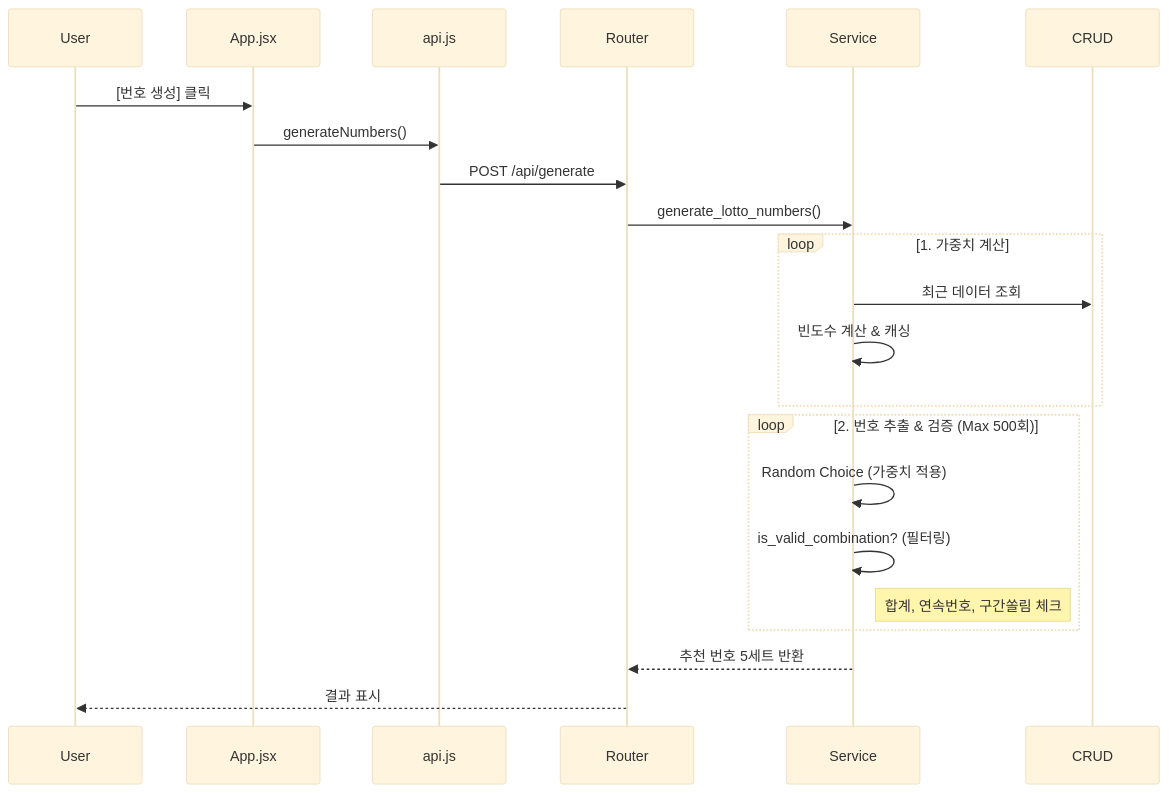
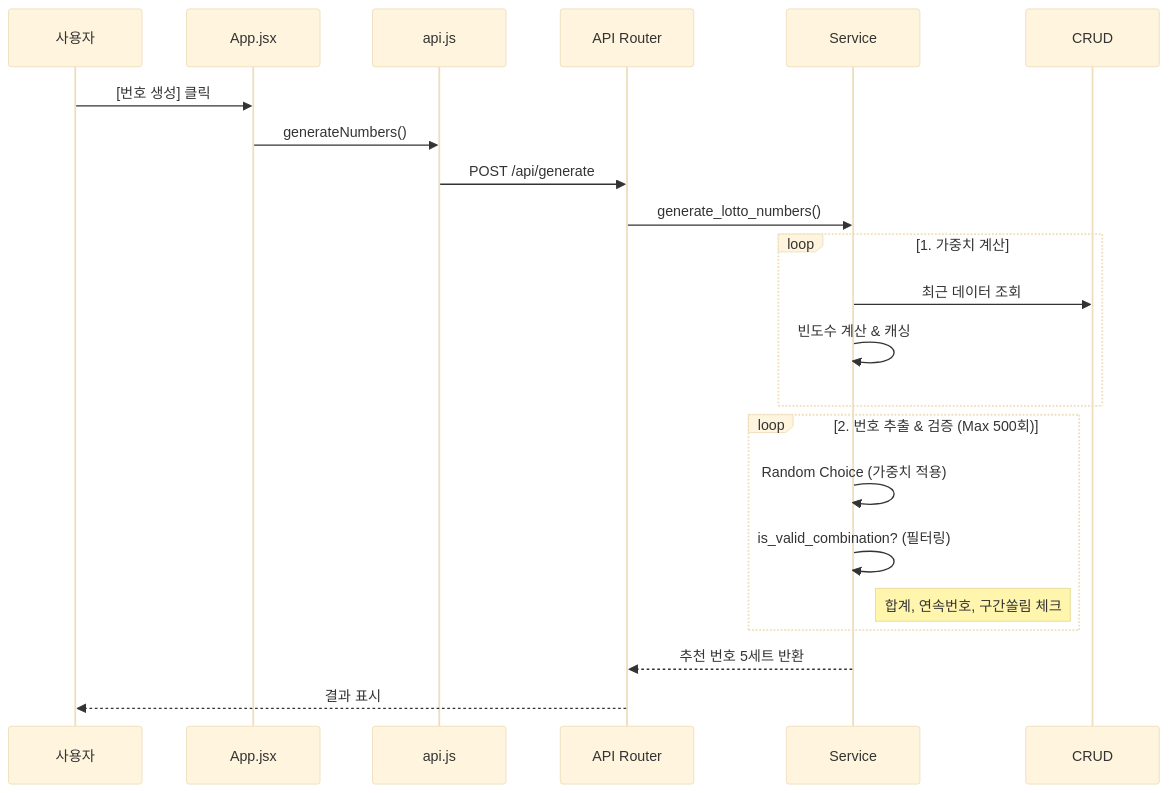
Before and after one commit to koohh71/LottoGenius: the second of 2 diagrams in LottoGenius/docs/개발자가이드.md, drawn with Mermaid (base theme). The commit also changed other lines of this file, not shown here.

Commit message:
Fix: Correct Mermaid diagram systax in Developer Guide

````diff
--- a/LottoGenius/docs/개발자가이드.md
+++ b/LottoGenius/docs/개발자가이드.md
@@ -50,18 +50,25 @@
 ```mermaid
 sequenceDiagram
-    User->>App.jsx: [번호 생성] 클릭
-    App.jsx->>api.js: generateNumbers()
-    api.js->>Router: POST /api/generate
+    participant User as 사용자
+    participant App as App.jsx
+    participant API as api.js
+    participant Router as API Router
+    participant Service as Service
+    participant CRUD as CRUD
+
+    User->>App: [번호 생성] 클릭
+    App->>API: generateNumbers()
+    API->>Router: POST /api/generate
     Router->>Service: generate_lotto_numbers()
     loop 1. 가중치 계산
         Service->>CRUD: 최근 데이터 조회
         Service->>Service: 빈도수 계산 & 캐싱
     end
     loop 2. 번호 추출 & 검증 (Max 500회)
         Service->>Service: Random Choice (가중치 적용)
         Service->>Service: is_valid_combination? (필터링)
         Note right of Service: 합계, 연속번호, 구간쏠림 체크
     end
     Service-->>Router: 추천 번호 5세트 반환
     Router-->>User: 결과 표시
 ```
````
